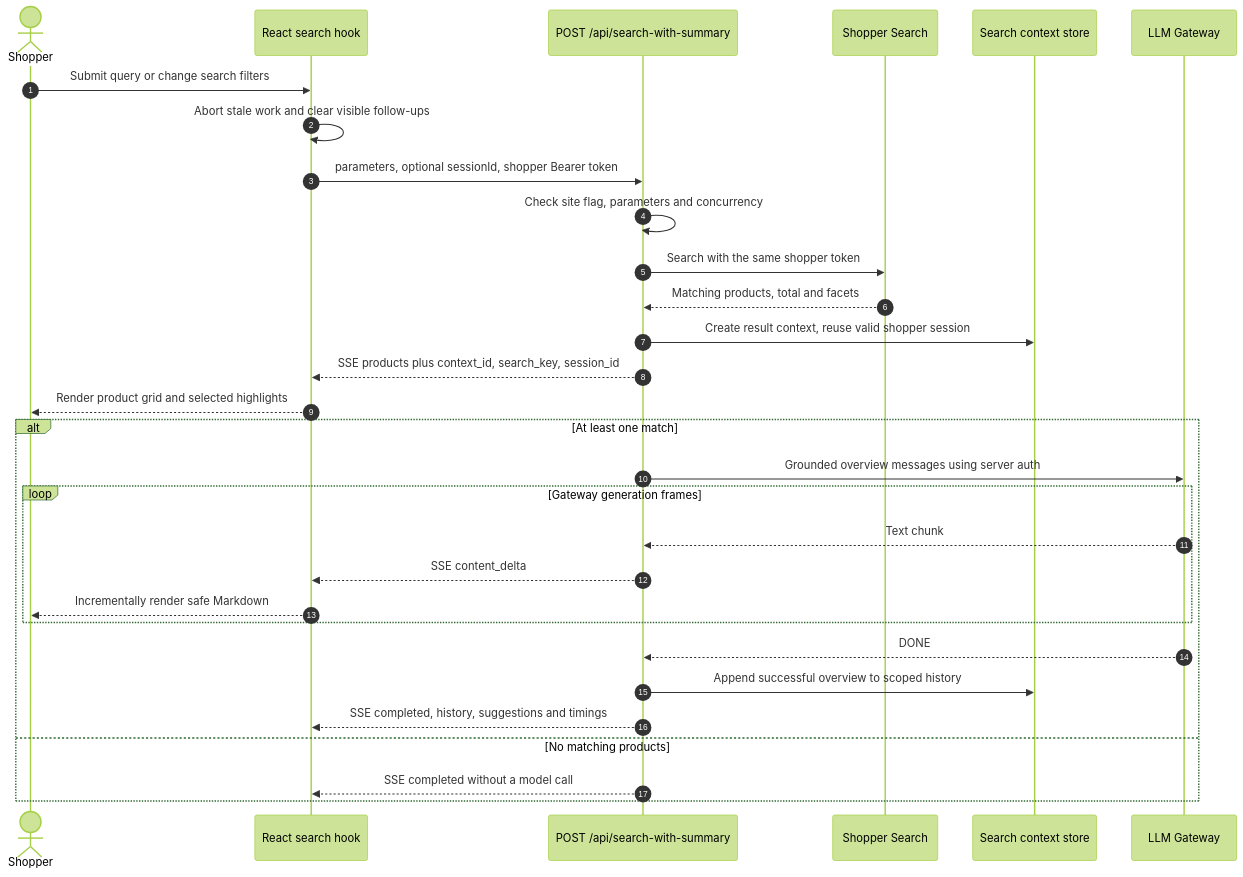
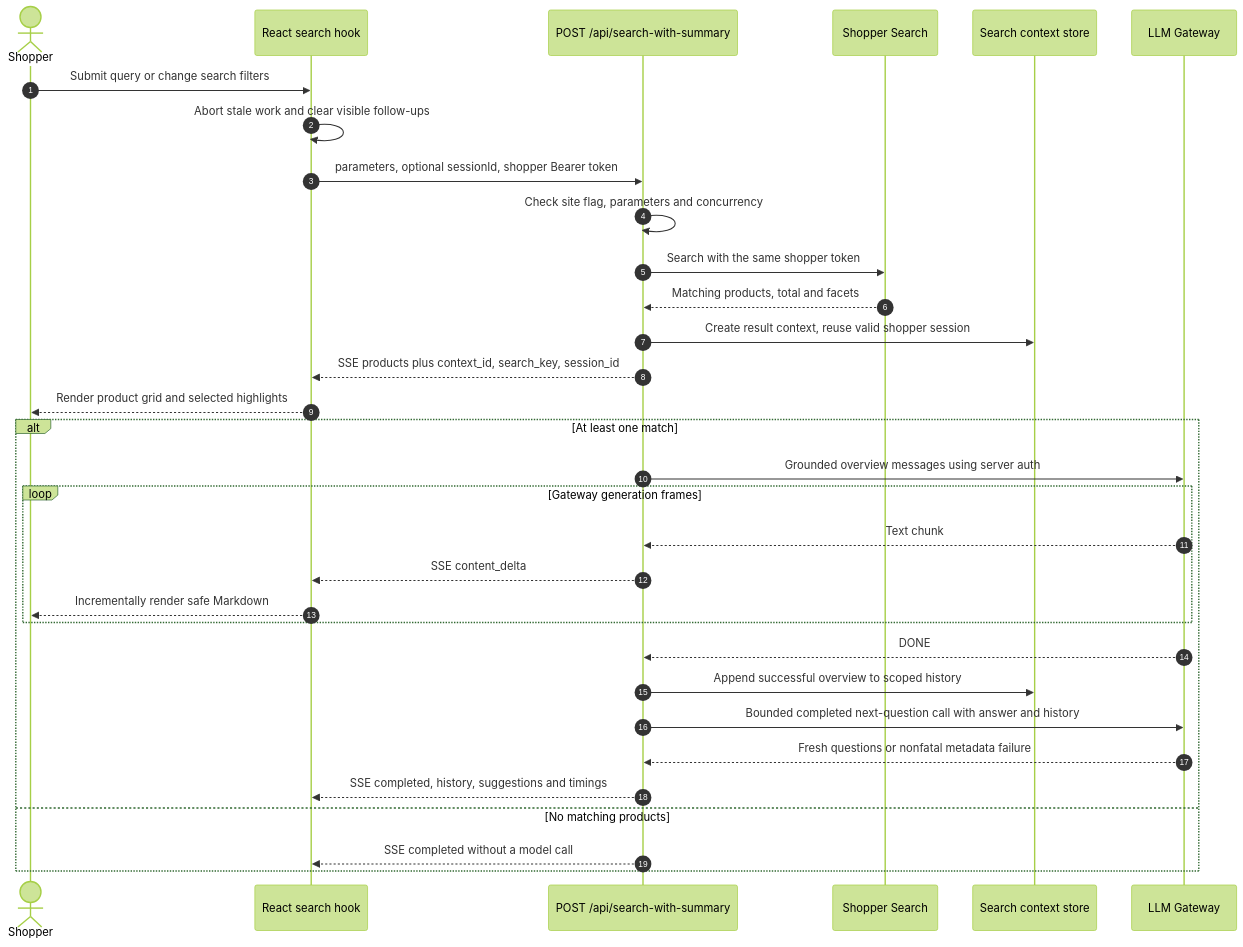
The second of 6 diagrams in packages/template-retail-react-app/docs/AI-SEARCH-ARCHITECTURE.md (SalesforceCommerceCloud/pwa-kit), drawn with Mermaid (forest theme) before and after one commit. The commit also changed other lines of this file and 12 other files, not shown here.

Commit message:
Refresh suggested questions after every AI search answer

````diff
--- a/packages/template-retail-react-app/docs/AI-SEARCH-ARCHITECTURE.md
+++ b/packages/template-retail-react-app/docs/AI-SEARCH-ARCHITECTURE.md
@@ -68,32 +68,34 @@
 ```mermaid
 sequenceDiagram
     autonumber
     actor Shopper
     participant UI as React search hook
     participant PWA as POST /api/search-with-summary
     participant SCAPI as Shopper Search
     participant State as Search context store
     participant GW as LLM Gateway
     Shopper->>UI: Submit query or change search filters
     UI->>UI: Abort stale work and clear visible follow-ups
     UI->>PWA: parameters, optional sessionId, shopper Bearer token
     PWA->>PWA: Check site flag, parameters and concurrency
     PWA->>SCAPI: Search with the same shopper token
     SCAPI-->>PWA: Matching products, total and facets
     PWA->>State: Create result context, reuse valid shopper session
     PWA-->>UI: SSE products plus context_id, search_key, session_id
     UI-->>Shopper: Render product grid and selected highlights
     alt At least one match
         PWA->>GW: Grounded overview messages using server auth
         loop Gateway generation frames
             GW-->>PWA: Text chunk
             PWA-->>UI: SSE content_delta
             UI-->>Shopper: Incrementally render safe Markdown
         end
         GW-->>PWA: DONE
         PWA->>State: Append successful overview to scoped history
+        PWA->>GW: Bounded completed next-question call with answer and history
+        GW-->>PWA: Fresh questions or nonfatal metadata failure
         PWA-->>UI: SSE completed, history, suggestions and timings
     else No matching products
         PWA-->>UI: SSE completed without a model call
     end
 ```
````
